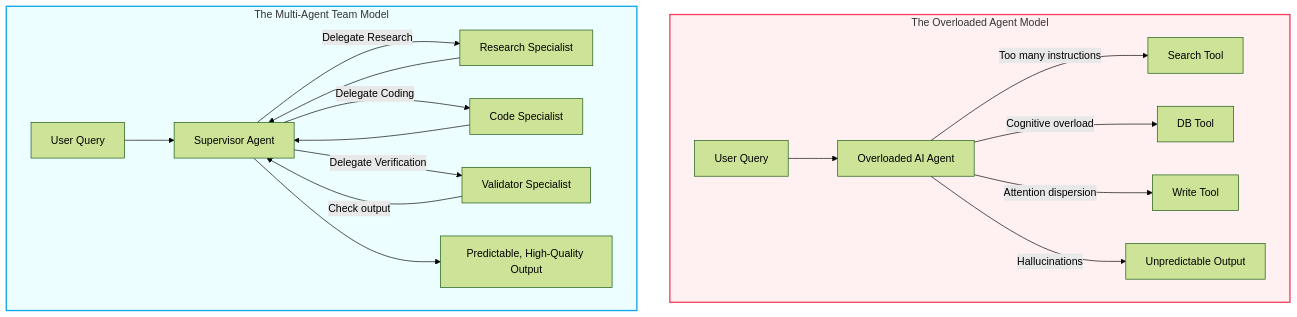
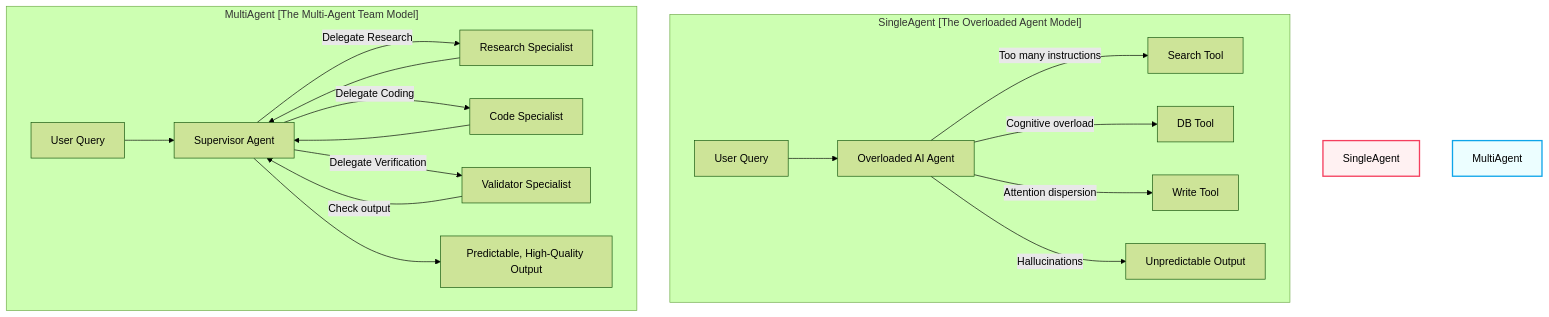
The diagram in blog/posts/multi-agent-buzzword-to-architecture.md (akmalkhaniub/akmalkhaniub.github.io), drawn with Mermaid (forest theme) before and after one commit. The commit also changed 600 other files, not shown here.

Commit message:
fix(blog): resolve Mermaid v10 syntax errors across Figure 1 and publication subgraphs

````diff
--- a/blog/posts/multi-agent-buzzword-to-architecture.md
+++ b/blog/posts/multi-agent-buzzword-to-architecture.md
@@ -45,25 +45,25 @@
 ```mermaid
 graph TD
-    subgraph SingleAgent [The Overloaded Agent Model]
+    subgraph SG1_SingleagentTheOverloaded ["SingleAgent [The Overloaded Agent Model]"]
         U1[User Query] --> Agent[Overloaded AI Agent]
         Agent -->|Too many instructions| Tool1[Search Tool]
         Agent -->|Cognitive overload| Tool2[DB Tool]
         Agent -->|Attention dispersion| Tool3[Write Tool]
         Agent -->|Hallucinations| Out1[Unpredictable Output]
     end
 
-    subgraph MultiAgent [The Multi-Agent Team Model]
+    subgraph SG2_MultiagentTheMulti ["MultiAgent [The Multi-Agent Team Model]"]
         U2[User Query] --> Supervisor[Supervisor Agent]
         Supervisor -->|Delegate Research| Researcher[Research Specialist]
         Supervisor -->|Delegate Coding| Coder[Code Specialist]
         Supervisor -->|Delegate Verification| Validator[Validator Specialist]
         
         Researcher --> Supervisor
         Coder --> Supervisor
         Validator -->|Check output| Supervisor
         Supervisor --> Out2[Predictable, High-Quality Output]
     end
 
     style SingleAgent fill:#fff1f2,stroke:#f43f5e,stroke-width:2px
     style MultiAgent fill:#ecfeff,stroke:#0ea5e9,stroke-width:2px
 ```
````
